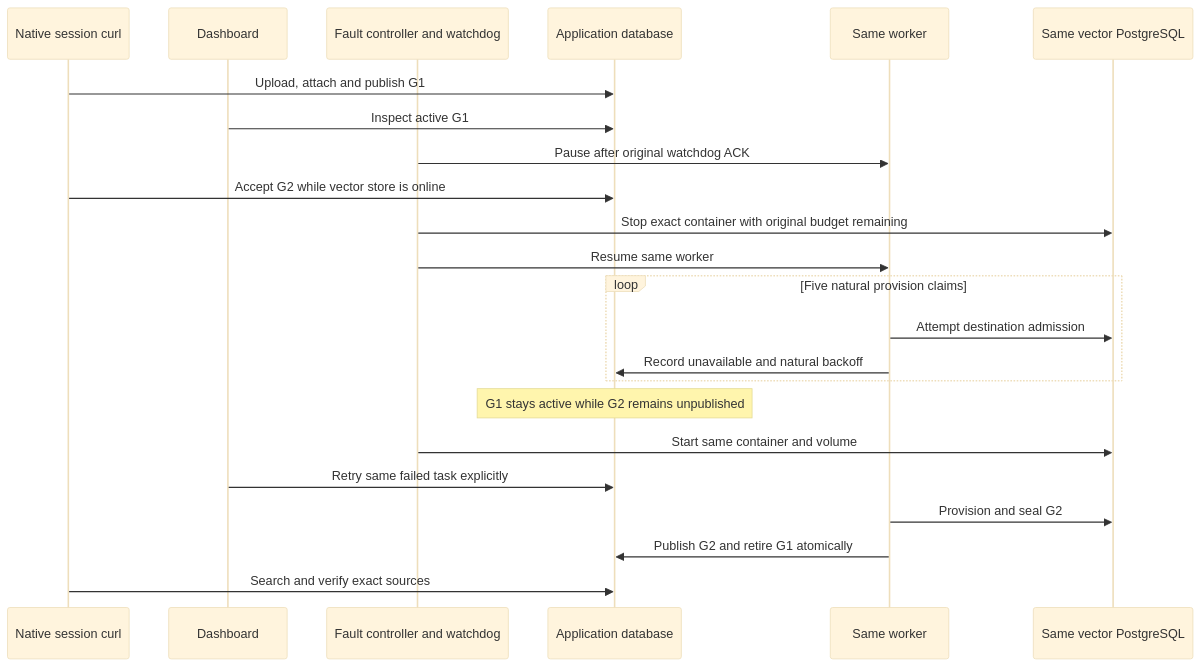
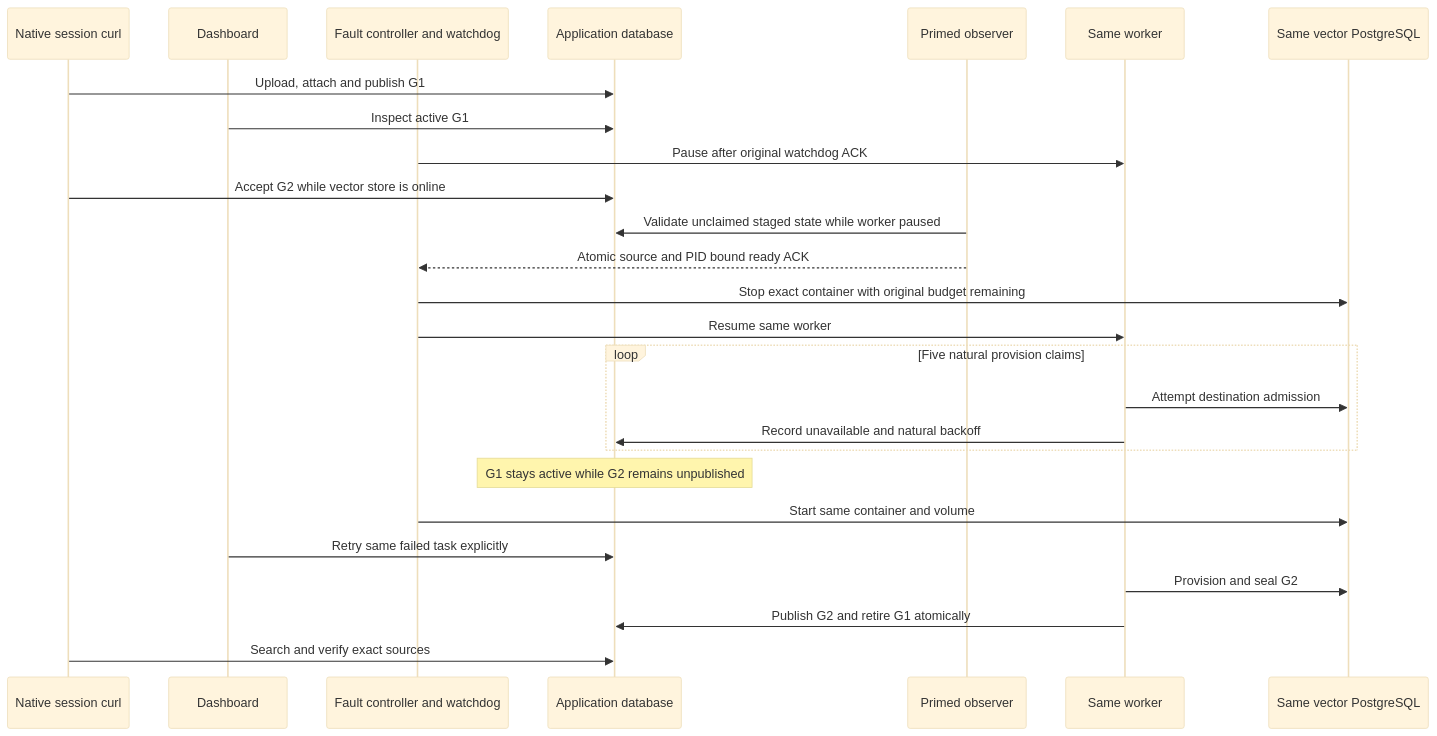
The diagram in docs/rag-vector-outage-acceptance.md (SimonLoir/vectorix), drawn with Mermaid (base theme) before and after one commit. The commit also changed other lines of this file and 12 other files, not shown here.

Commit message:
fix(acceptance): prime vector outage observer before worker resume

````diff
--- a/docs/rag-vector-outage-acceptance.md
+++ b/docs/rag-vector-outage-acceptance.md
@@ -18,25 +18,28 @@
 ```mermaid
 sequenceDiagram
     participant C as Native session curl
     participant UI as Dashboard
     participant F as Fault controller and watchdog
     participant DB as Application database
+    participant O as Primed observer
     participant W as Same worker
     participant V as Same vector PostgreSQL
     C->>DB: Upload, attach and publish G1
     UI->>DB: Inspect active G1
     F->>W: Pause after original watchdog ACK
     C->>DB: Accept G2 while vector store is online
+    O->>DB: Validate unclaimed staged state while worker paused
+    O-->>F: Atomic source and PID bound ready ACK
     F->>V: Stop exact container with original budget remaining
     F->>W: Resume same worker
     loop Five natural provision claims
         W->>V: Attempt destination admission
         W->>DB: Record unavailable and natural backoff
     end
     Note over DB: G1 stays active while G2 remains unpublished
     F->>V: Start same container and volume
     UI->>DB: Retry same failed task explicitly
     W->>V: Provision and seal G2
     W->>DB: Publish G2 and retire G1 atomically
     C->>DB: Search and verify exact sources
 ```
````
